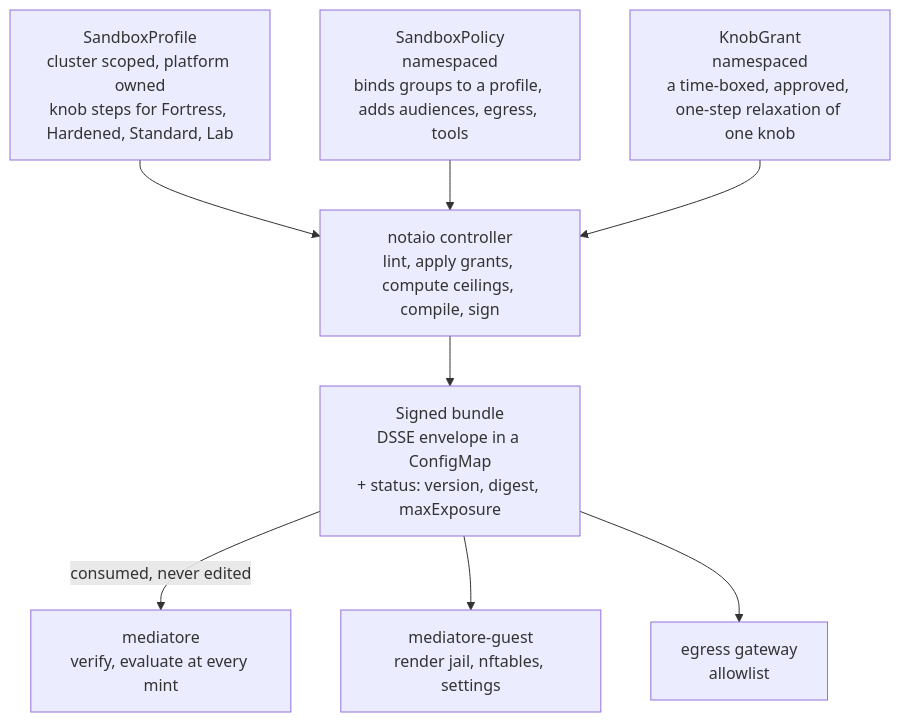
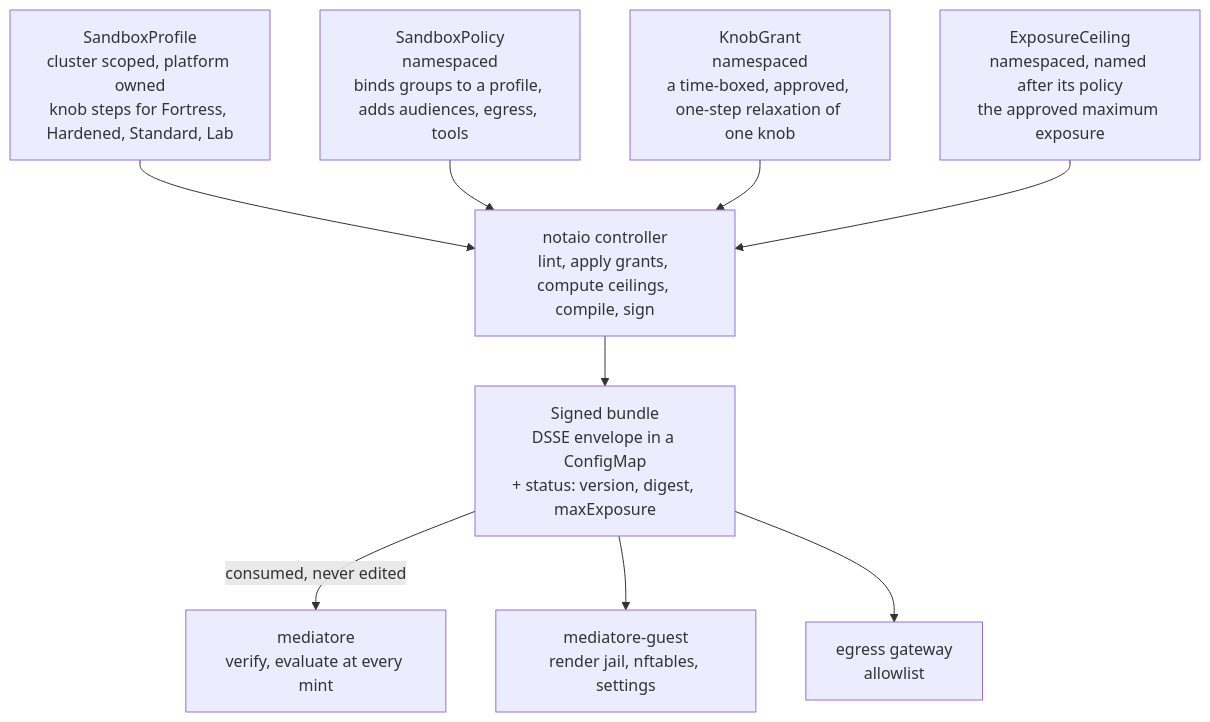
One commit to firestoned/notaio changed the second of 2 diagrams in docs/src/index.md. Above: the diagram before and after it, drawn with Mermaid. The commit also changed other lines of this file and 13 other files, not shown here.

````diff
--- a/docs/src/index.md
+++ b/docs/src/index.md
@@ -62,19 +62,21 @@
 ```mermaid
 flowchart TD
     profile["SandboxProfile<br/>cluster scoped, platform owned<br/>knob steps for Fortress, Hardened, Standard, Lab"]
     policy["SandboxPolicy<br/>namespaced<br/>binds groups to a profile, adds audiences, egress, tools"]
     grant["KnobGrant<br/>namespaced<br/>a time-boxed, approved, one-step relaxation of one knob"]
+    ceiling["ExposureCeiling<br/>namespaced, named after its policy<br/>the approved maximum exposure"]
     notaio["notaio controller<br/>lint, apply grants, compute ceilings, compile, sign"]
     bundle["Signed bundle<br/>DSSE envelope in a ConfigMap<br/>+ status: version, digest, maxExposure"]
     mediatore["mediatore<br/>verify, evaluate at every mint"]
     guest["mediatore-guest<br/>render jail, nftables, settings"]
     gateway["egress gateway<br/>allowlist"]
 
     profile --> notaio
     policy --> notaio
     grant --> notaio
+    ceiling --> notaio
     notaio --> bundle
     bundle -- "consumed, never edited" --> mediatore
     bundle --> guest
     bundle --> gateway
 ```
````
